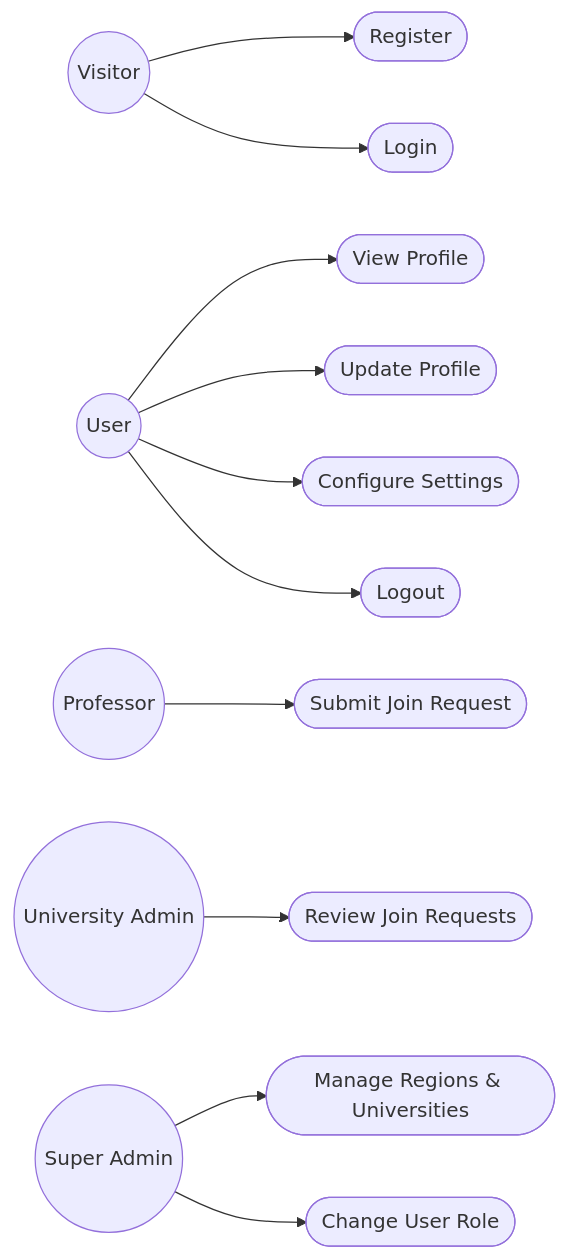
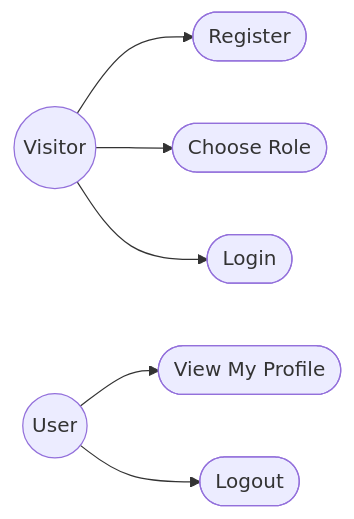
The third of 5 diagrams in docs/sprints/SPRINT_1.md (yazidha09/Hub4Learners), drawn with Mermaid before and after one commit. The commit also changed other lines of this file and 1 other file, not shown here.

````diff
--- a/docs/sprints/SPRINT_1.md
+++ b/docs/sprints/SPRINT_1.md
@@ -101,30 +69,17 @@
 ```mermaid
 graph LR
     V((Visitor))
     U((User))
-    P((Professor))
-    UA((University Admin))
-    SA((Super Admin))
 
     UC1([Register])
-    UC2([Login])
-    UC3([View Profile])
-    UC4([Update Profile])
-    UC5([Configure Settings])
-    UC6([Logout])
-    UC7([Submit Join Request])
-    UC8([Review Join Requests])
-    UC9([Manage Regions & Universities])
-    UC10([Change User Role])
+    UC2([Choose Role])
+    UC3([Login])
+    UC4([View My Profile])
+    UC5([Logout])
 
     V --> UC1
     V --> UC2
-    U --> UC3
+    V --> UC3
     U --> UC4
     U --> UC5
-    U --> UC6
-    P --> UC7
-    UA --> UC8
-    SA --> UC9
-    SA --> UC10
 ```
````
